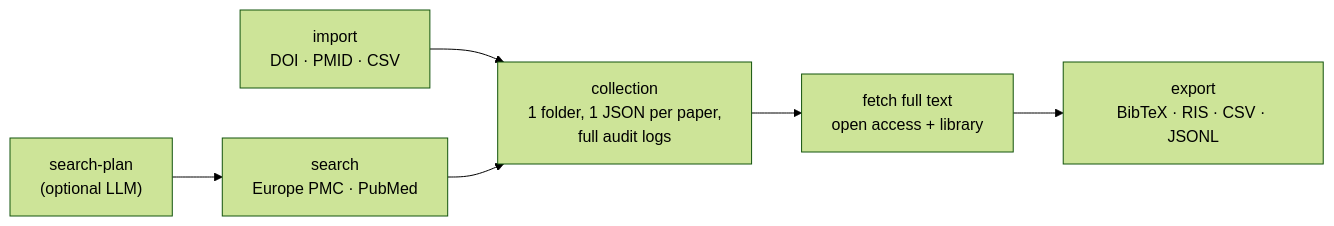
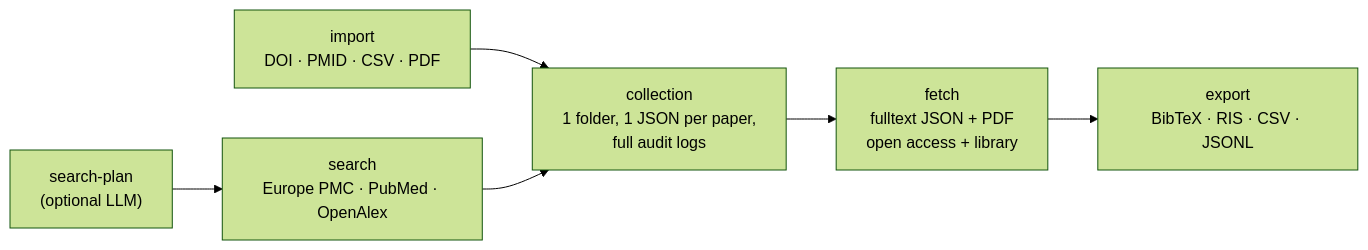
Before and after one commit to hfl112/paper-download: the diagram in README.md, drawn with Mermaid (forest theme). The commit also changed other lines of this file and 3 other files, not shown here.

First line of the commit message:
docs: rewrite README (concise, full parameter reference, PDF download); drop zh-CN README and SKILL_MAINTENANCE

````diff
--- a/README.md
+++ b/README.md
@@ -27,8 +17,8 @@
 ```mermaid
 flowchart LR
-    P["search-plan<br/>(optional LLM)"] --> S["search<br/>Europe PMC · PubMed"]
-    I["import<br/>DOI · PMID · CSV"] --> C
+    P["search-plan<br/>(optional LLM)"] --> S["search<br/>Europe PMC · PubMed · OpenAlex"]
+    I["import<br/>DOI · PMID · CSV · PDF"] --> C
     S --> C["collection<br/>1 folder, 1 JSON per paper,<br/>full audit logs"]
-    C --> F["fetch full text<br/>open access + library"]
+    C --> F["fetch<br/>fulltext JSON + PDF<br/>open access + library"]
     F --> E["export<br/>BibTeX · RIS · CSV · JSONL"]
 ```
````
